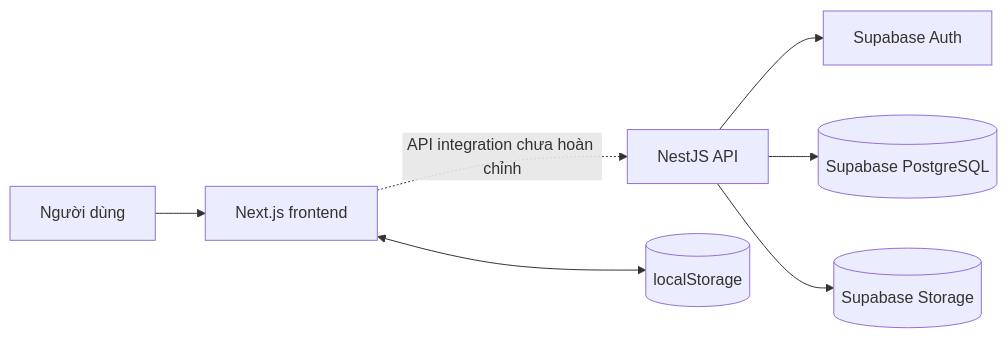
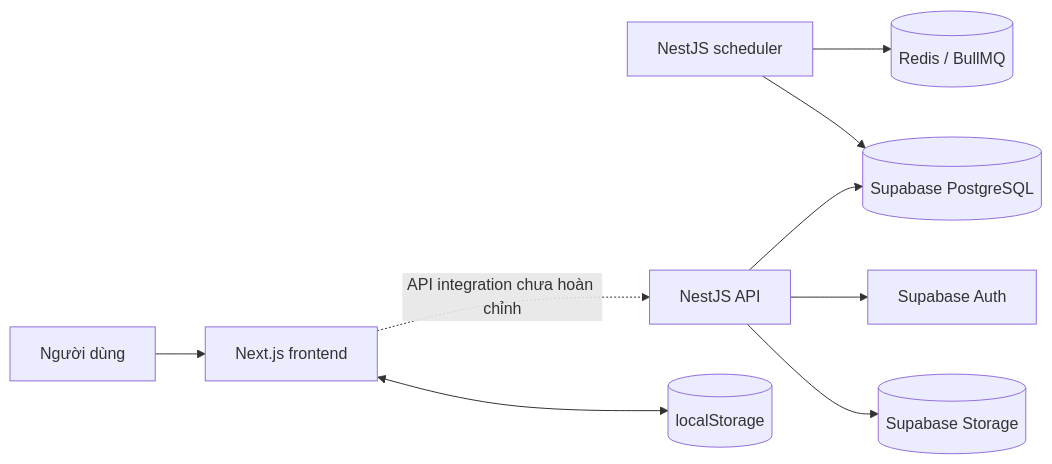
One commit to khoadanwneee/PostDrop changed the first of 4 diagrams in docs/system-architecture.md. Above: the diagram before and after it, drawn with Mermaid. The commit also changed other lines of this file and 22 other files, not shown here.

First line of the commit message:
feat(backend): add durable scheduling with BullMQ and Redis

```diff
--- a/docs/system-architecture.md
+++ b/docs/system-architecture.md
@@ -24,17 +24,21 @@
 ~~~mermaid
 flowchart LR
     User[Người dùng]
     FE[Next.js frontend]
     API[NestJS API]
+    Worker[NestJS scheduler]
     Auth[Supabase Auth]
     DB[(Supabase PostgreSQL)]
     Storage[(Supabase Storage)]
+    Redis[(Redis / BullMQ)]
     Local[(localStorage)]
 
     User --> FE
     FE <--> Local
     FE -. API integration chưa hoàn chỉnh .-> API
     API --> Auth
     API --> DB
     API --> Storage
+    Worker --> DB
+    Worker --> Redis
 ~~~
```
